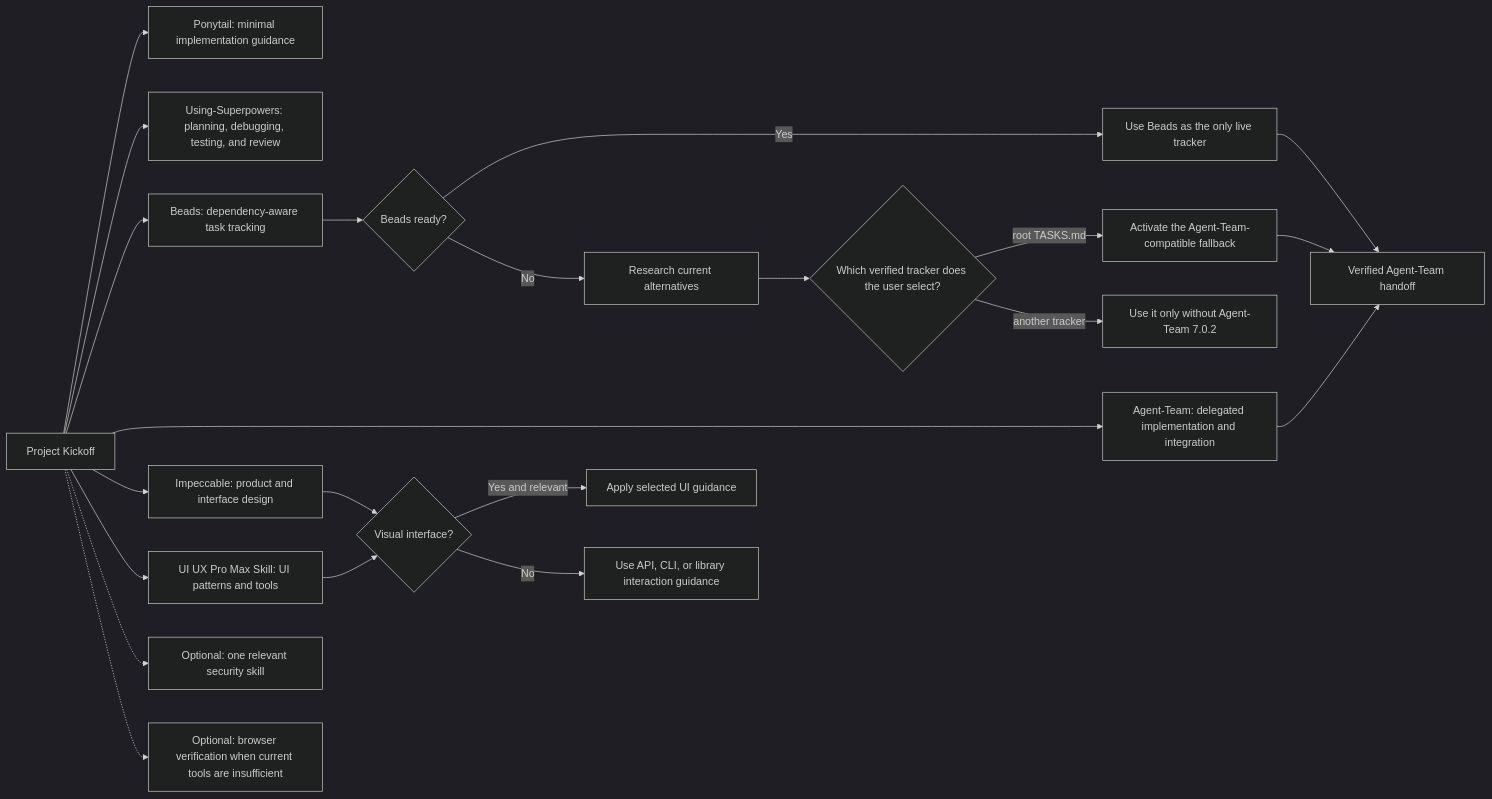
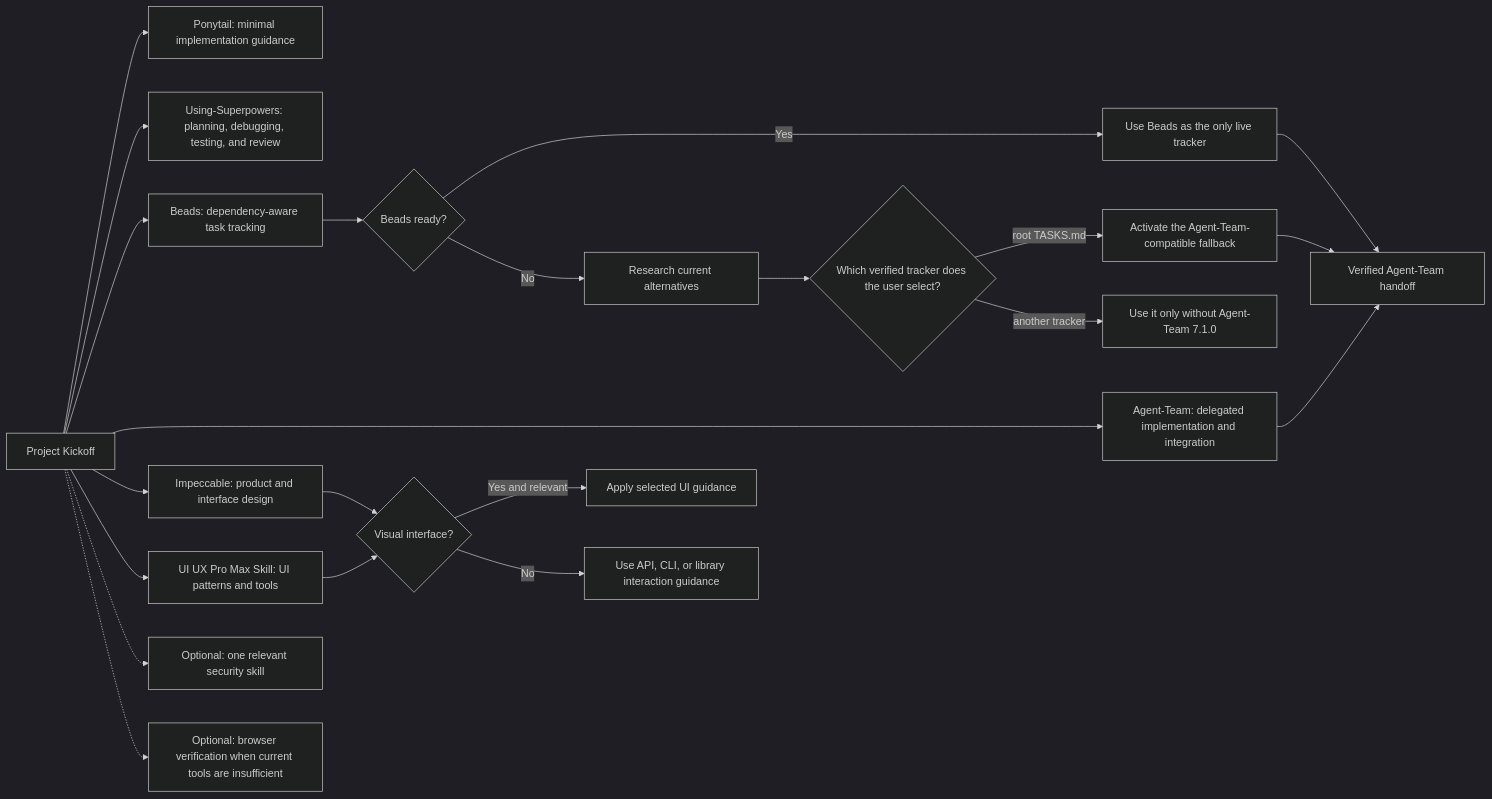
One commit to thebpandey/project-kickoff changed the second of 2 diagrams in README.md. Above: the diagram before and after it, drawn with Mermaid (dark theme). The commit also changed other lines of this file and 11 other files, not shown here.

Commit message:
feat: declare Agent-Team capabilities

````diff
--- a/README.md
+++ b/README.md
@@ -156,27 +156,27 @@
 ```mermaid
 flowchart LR
     PK["Project Kickoff"] --> P["Ponytail: minimal implementation guidance"]
     PK --> S["Using-Superpowers: planning, debugging, testing, and review"]
     PK --> B["Beads: dependency-aware task tracking"]
     PK --> A["Agent-Team: delegated implementation and integration"]
     PK --> I["Impeccable: product and interface design"]
     PK --> UI["UI UX Pro Max Skill: UI patterns and tools"]
 
     B --> BR{"Beads ready?"}
     BR -->|Yes| BT["Use Beads as the only live tracker"]
     BR -->|No| RESEARCH["Research current alternatives"]
     RESEARCH --> USER{"Which verified tracker does the user select?"}
     USER -->|root TASKS.md| FT["Activate the Agent-Team-compatible fallback"]
-    USER -->|another tracker| NAT["Use it only without Agent-Team 7.0.2"]
+    USER -->|another tracker| NAT["Use it only without Agent-Team 7.1.0"]
 
     I --> VIS{"Visual interface?"}
     UI --> VIS
     VIS -->|Yes and relevant| DESIGN["Apply selected UI guidance"]
     VIS -->|No| NONVIS["Use API, CLI, or library interaction guidance"]
 
     PK -.-> SEC["Optional: one relevant security skill"]
     PK -.-> BROWSER["Optional: browser verification when current tools are insufficient"]
     BT --> HANDOFF["Verified Agent-Team handoff"]
     FT --> HANDOFF
     A --> HANDOFF
 ```
````
